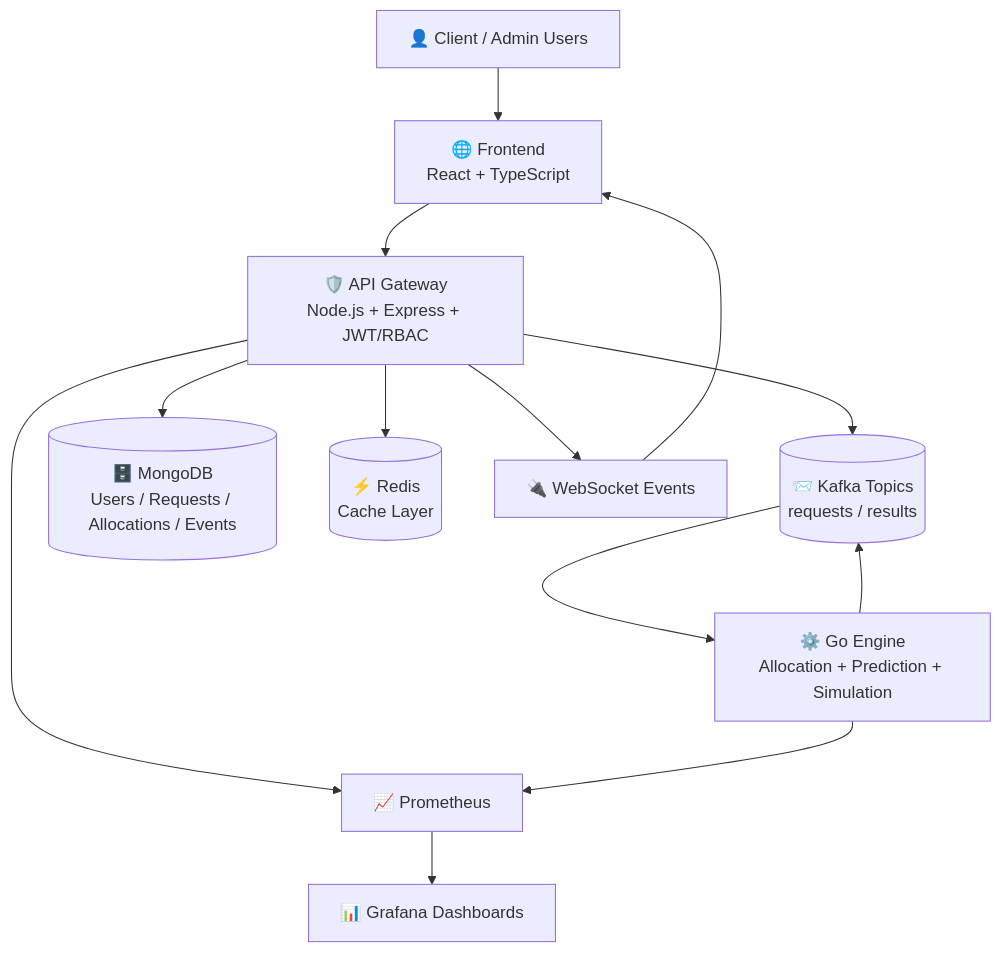
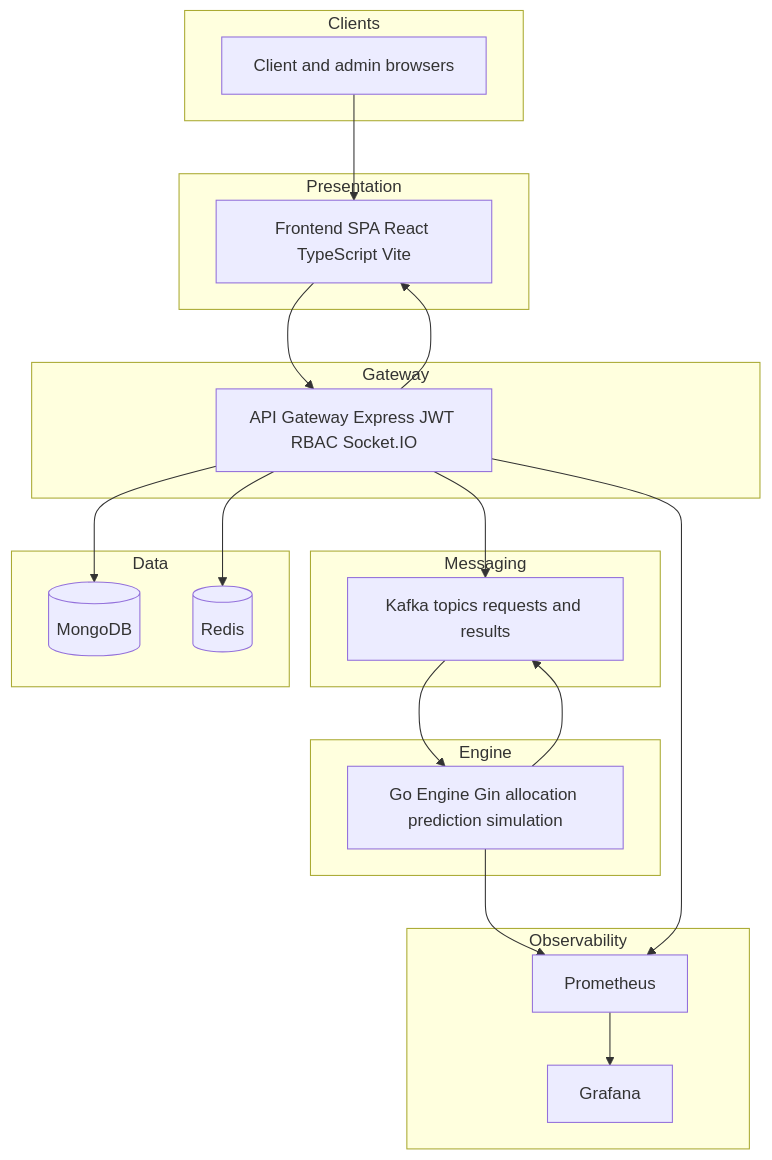
Before and after one commit to MUKILAN0608/Schedulord: the diagram in README.md, drawn with Mermaid. The commit also changed other lines of this file, not shown here.

````diff
--- a/README.md
+++ b/README.md
@@ -84,18 +170,44 @@
 ```mermaid
 flowchart TD
-    U[👤 Client / Admin Users] --> F[🌐 Frontend<br/>React + TypeScript]
-    F --> G[🛡️ API Gateway<br/>Node.js + Express + JWT/RBAC]
+    subgraph Clients
+        U[Client and admin browsers]
+    end
 
-    G --> K[(📨 Kafka Topics<br/>requests / results)]
-    K --> E[⚙️ Go Engine<br/>Allocation + Prediction + Simulation]
+    subgraph Presentation
+        F[Frontend SPA React TypeScript Vite]
+    end
+
+    subgraph Gateway
+        G[API Gateway Express JWT RBAC Socket.IO]
+    end
+
+    subgraph Messaging
+        K[Kafka topics requests and results]
+    end
+
+    subgraph Engine
+        E[Go Engine Gin allocation prediction simulation]
+    end
+
+    subgraph Data
+        M[(MongoDB)]
+        R[(Redis)]
+    end
+
+    subgraph Observability
+        P[Prometheus]
+        GF[Grafana]
+    end
+
+    U --> F
+    F --> G
+    G --> K
+    K --> E
     E --> K
-
-    G --> M[(🗄️ MongoDB<br/>Users / Requests / Allocations / Events)]
-    G --> R[(⚡ Redis<br/>Cache Layer)]
-    G --> S[🔌 WebSocket Events]
-    S --> F
-
-    G --> P[📈 Prometheus]
+    G --> M
+    G --> R
+    G --> F
     E --> P
-    P --> GF[📊 Grafana Dashboards]
+    G --> P
+    P --> GF
 ```
````
